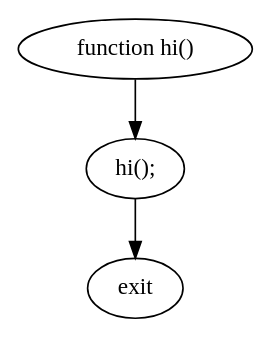
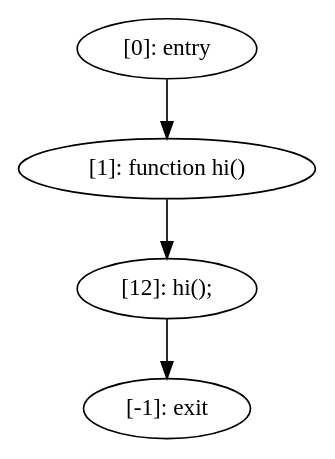
Before and after one commit to Shoreray/JsRetest: the diagram in JsRetest/jsTests/dotFiles/testReturn.js.0.dot, drawn with Graphviz. The commit also changed 236 other files, not shown here.

```diff
--- a/JsRetest/jsTests/dotFiles/testReturn.js.0.dot
+++ b/JsRetest/jsTests/dotFiles/testReturn.js.0.dot
@@ -1,7 +1,9 @@
 digraph {
-"0" [label="hi();\n"] 
-"1" [label="exit"] 
-"2" [label="function hi() \n"] 
-"0" -> "1" [label=""] 
-"2" -> "0" [label=""] 
+"0" [label="[1]: function hi() \n"] 
+"1" [label="[0]: entry"] 
+"2" [label="[-1]: exit"] 
+"3" [label="[12]: hi();\n"] 
+"0" -> "3" [label=""] 
+"1" -> "0" [label=""] 
+"3" -> "2" [label=""] 
 }
```
